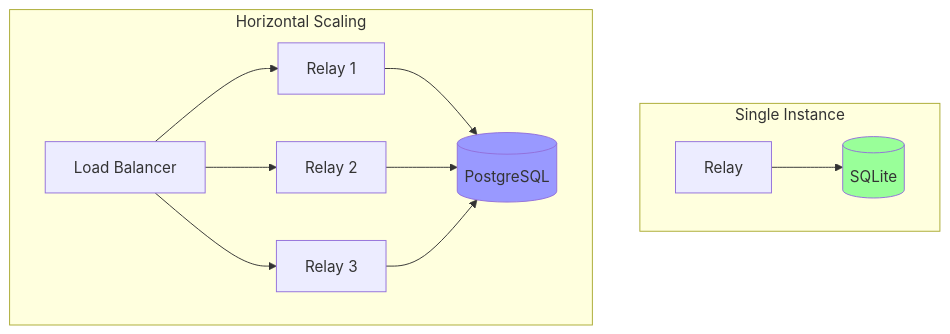
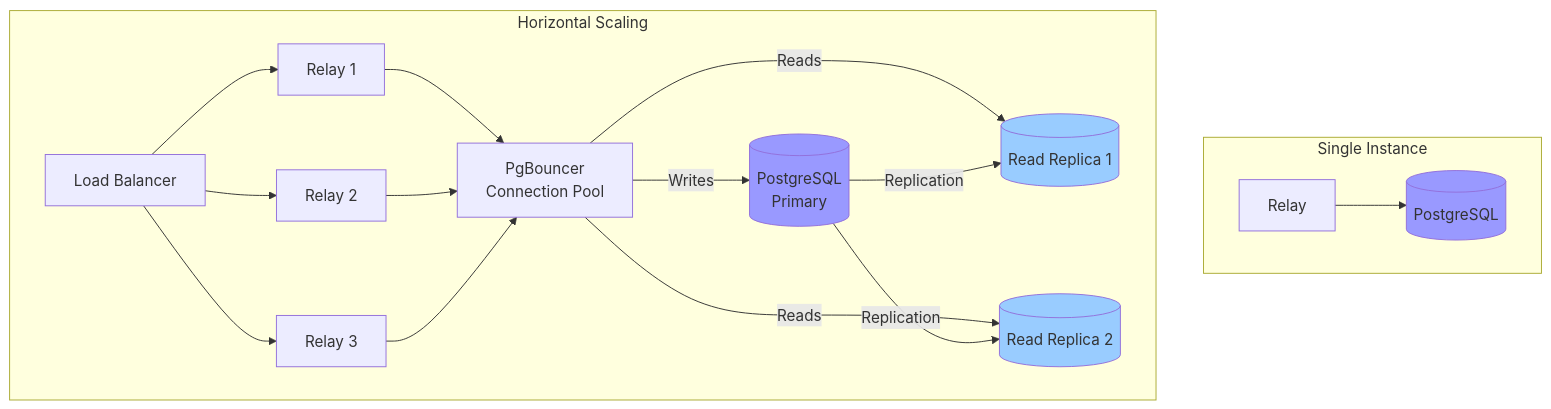
The third of 3 diagrams in services/nostr-relay/docs/DEPLOYMENT.md (DreamLab-AI/fairfield), drawn with Mermaid before and after one commit. The commit also changed other lines of this file and 39 other files, not shown here.

````diff
--- a/services/nostr-relay/docs/DEPLOYMENT.md
+++ b/services/nostr-relay/docs/DEPLOYMENT.md
@@ -293,26 +368,36 @@
 ```mermaid
 graph TB
     subgraph "Single Instance"
         R1[Relay]
-        DB1[(SQLite)]
-        R1 --> DB1
+        PG1[(PostgreSQL)]
+        R1 --> PG1
     end
 
     subgraph "Horizontal Scaling"
         LB[Load Balancer]
         R2[Relay 1]
         R3[Relay 2]
         R4[Relay 3]
-        PG[(PostgreSQL)]
+        POOL[PgBouncer<br/>Connection Pool]
+        PRIMARY[(PostgreSQL<br/>Primary)]
+        READ1[(Read Replica 1)]
+        READ2[(Read Replica 2)]
 
         LB --> R2
         LB --> R3
         LB --> R4
-        R2 --> PG
-        R3 --> PG
-        R4 --> PG
+        R2 --> POOL
+        R3 --> POOL
+        R4 --> POOL
+        POOL -->|Writes| PRIMARY
+        POOL -->|Reads| READ1
+        POOL -->|Reads| READ2
+        PRIMARY -->|Replication| READ1
+        PRIMARY -->|Replication| READ2
     end
 
-    style DB1 fill:#9f9
-    style PG fill:#99f
+    style PG1 fill:#99f
+    style PRIMARY fill:#99f
+    style READ1 fill:#9cf
+    style READ2 fill:#9cf
 ```
````
